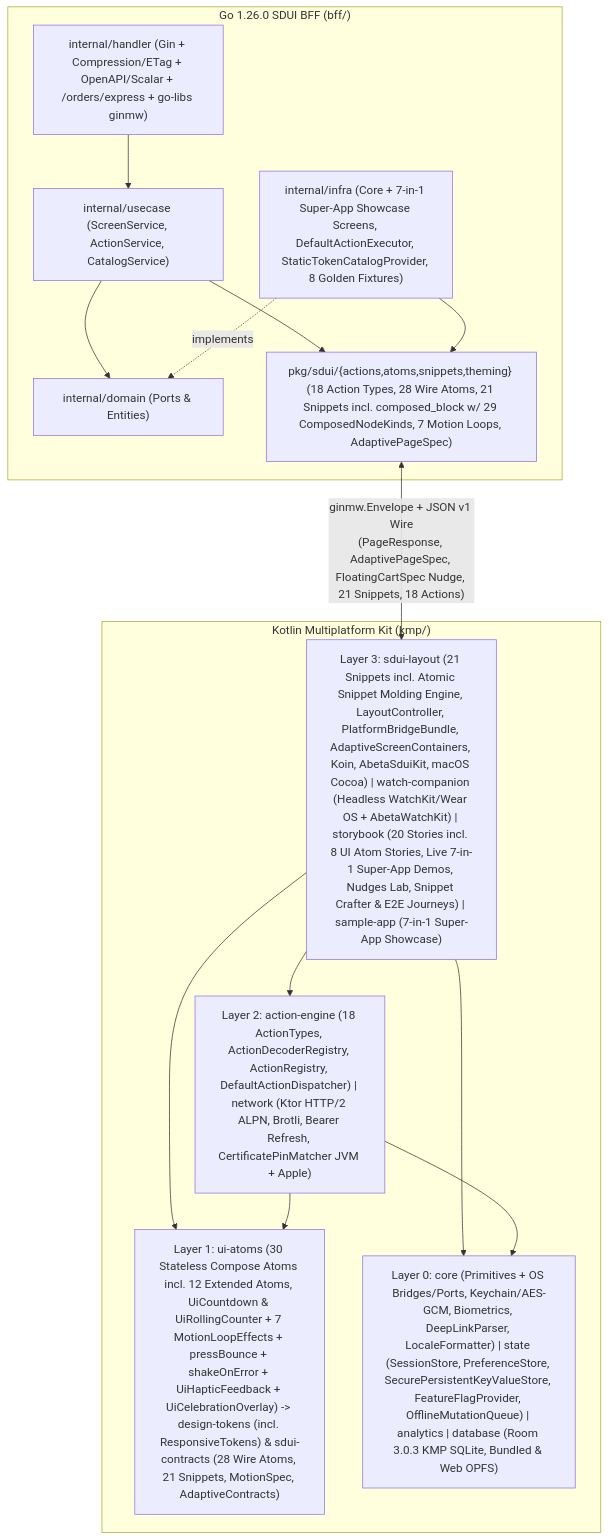
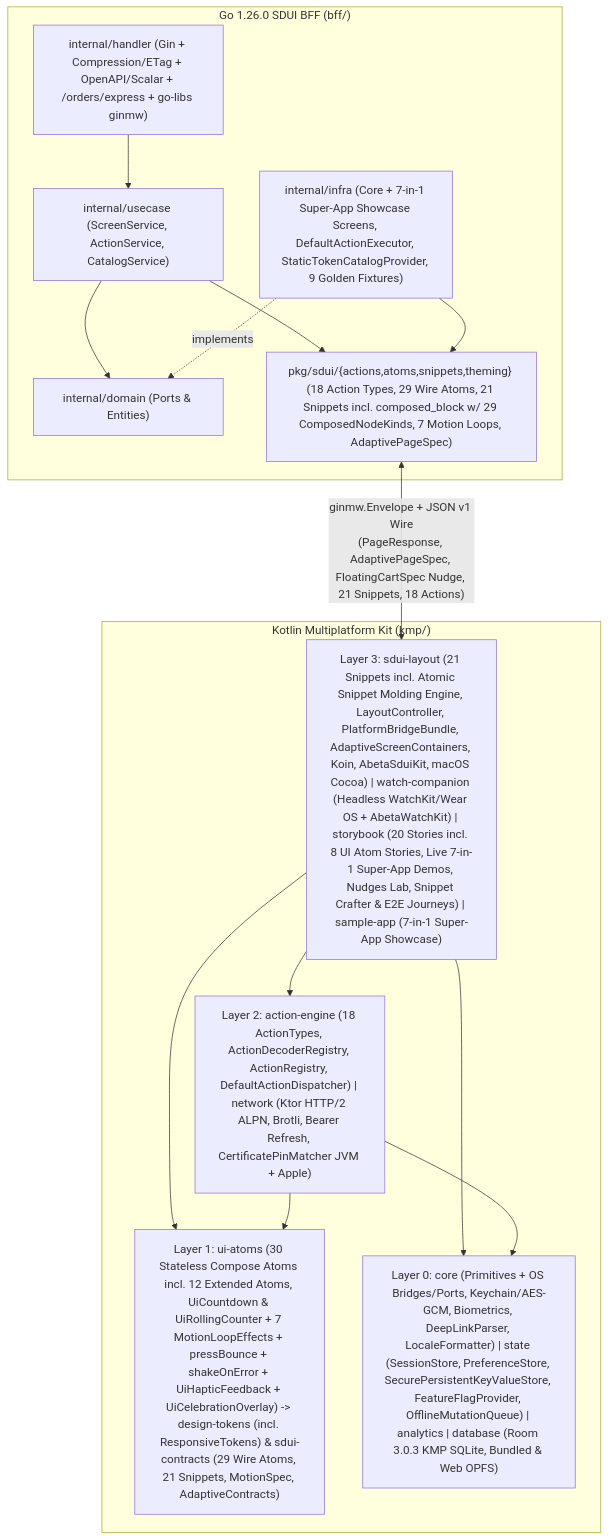
One commit to Abeta-dev/kmp changed the diagram in README.md. Above: the diagram before and after it, drawn with Mermaid. The commit also changed other lines of this file and 136 other files, not shown here.

Commit message:
feat(platform): Google KMP DataStore/Lifecycle, 36-node Express Molecules, BFF Analytics Pipeline & CI Quality Gate (v0.4.0 / bff/v0.6.0)

````diff
--- a/README.md
+++ b/README.md
@@ -43,29 +43,29 @@
 ```mermaid
 flowchart TB
     subgraph BFF["Go 1.26.0 SDUI BFF (bff/)"]
         BFF_H["internal/handler (Gin + Compression/ETag + OpenAPI/Scalar + /orders/express + go-libs ginmw)"]
         BFF_U["internal/usecase (ScreenService, ActionService, CatalogService)"]
         BFF_D["internal/domain (Ports & Entities)"]
-        BFF_I["internal/infra (Core + 7-in-1 Super-App Showcase Screens, DefaultActionExecutor, StaticTokenCatalogProvider, 8 Golden Fixtures)"]
-        BFF_P["pkg/sdui/{actions,atoms,snippets,theming} (18 Action Types, 28 Wire Atoms, 21 Snippets incl. composed_block w/ 29 ComposedNodeKinds, 7 Motion Loops, AdaptivePageSpec)"]
+        BFF_I["internal/infra (Core + 7-in-1 Super-App Showcase Screens, DefaultActionExecutor, StaticTokenCatalogProvider, 9 Golden Fixtures)"]
+        BFF_P["pkg/sdui/{actions,atoms,snippets,theming} (18 Action Types, 29 Wire Atoms, 21 Snippets incl. composed_block w/ 29 ComposedNodeKinds, 7 Motion Loops, AdaptivePageSpec)"]
         BFF_H --> BFF_U --> BFF_D
         BFF_I -. "implements" .-> BFF_D
         BFF_U --> BFF_P
         BFF_I --> BFF_P
     end
 
     subgraph KMP["Kotlin Multiplatform Kit (kmp/)"]
         L3["Layer 3: sdui-layout (21 Snippets incl. Atomic Snippet Molding Engine, LayoutController, PlatformBridgeBundle, AdaptiveScreenContainers, Koin, AbetaSduiKit, macOS Cocoa) | watch-companion (Headless WatchKit/Wear OS + AbetaWatchKit) | storybook (20 Stories incl. 8 UI Atom Stories, Live 7-in-1 Super-App Demos, Nudges Lab, Snippet Crafter & E2E Journeys) | sample-app (7-in-1 Super-App Showcase)"]
         L2["Layer 2: action-engine (18 ActionTypes, ActionDecoderRegistry, ActionRegistry, DefaultActionDispatcher) | network (Ktor HTTP/2 ALPN, Brotli, Bearer Refresh, CertificatePinMatcher JVM + Apple)"]
-        L1["Layer 1: ui-atoms (30 Stateless Compose Atoms incl. 12 Extended Atoms, UiCountdown & UiRollingCounter + 7 MotionLoopEffects + pressBounce + shakeOnError + UiHapticFeedback + UiCelebrationOverlay) -> design-tokens (incl. ResponsiveTokens) & sdui-contracts (28 Wire Atoms, 21 Snippets, MotionSpec, AdaptiveContracts)"]
+        L1["Layer 1: ui-atoms (30 Stateless Compose Atoms incl. 12 Extended Atoms, UiCountdown & UiRollingCounter + 7 MotionLoopEffects + pressBounce + shakeOnError + UiHapticFeedback + UiCelebrationOverlay) -> design-tokens (incl. ResponsiveTokens) & sdui-contracts (29 Wire Atoms, 21 Snippets, MotionSpec, AdaptiveContracts)"]
         L0["Layer 0: core (Primitives + OS Bridges/Ports, Keychain/AES-GCM, Biometrics, DeepLinkParser, LocaleFormatter) | state (SessionStore, PreferenceStore, SecurePersistentKeyValueStore, FeatureFlagProvider, OfflineMutationQueue) | analytics | database (Room 3.0.3 KMP SQLite, Bundled & Web OPFS)"]
 
         L3 --> L2
         L3 --> L1
         L3 --> L0
         L2 --> L0
         L2 --> L1
     end
 
     BFF_P <-- "ginmw.Envelope + JSON v1 Wire\n(PageResponse, AdaptivePageSpec, FloatingCartSpec Nudge, 21 Snippets, 18 Actions)" --> L3
 ```
````
